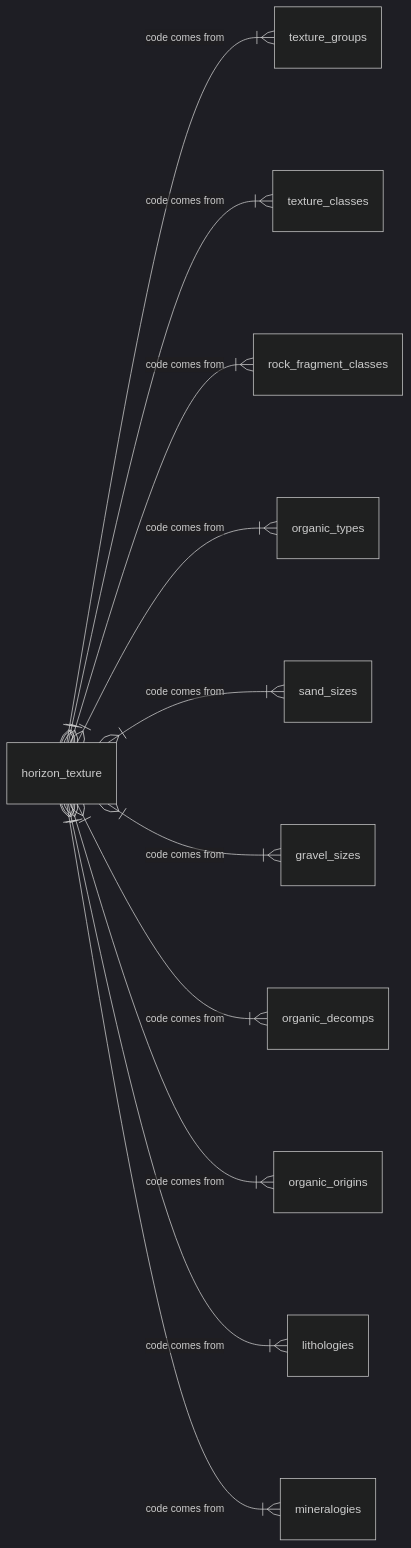
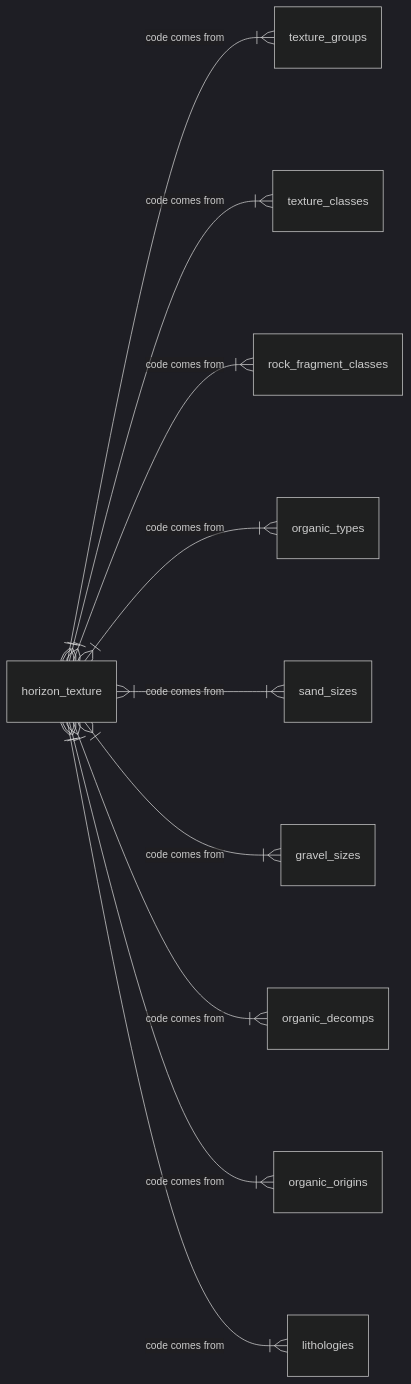
Diagram 14 of 27 in ap_03_database_design.qmd (manaakiwhenua/NZ_soildesc_2024), drawn with Mermaid (dark theme) before and after one commit. The commit also changed other lines of this file, not shown here.

````diff
--- a/ap_03_database_design.qmd
+++ b/ap_03_database_design.qmd
@@ -1340,18 +1344,17 @@
 ```{mermaid}
 %%| label: fig-mhortexo
 %%| fig-cap: "Horizon texture - Overview"
 
 erDiagram
   direction LR
   horizon_texture }|--|{ texture_groups : "code comes from"
   horizon_texture }|--|{ texture_classes : "code comes from"
   horizon_texture }|--|{ rock_fragment_classes : "code comes from"
   horizon_texture }|--|{ organic_types : "code comes from"
   horizon_texture }|--|{ sand_sizes : "code comes from"
   horizon_texture }|--|{ gravel_sizes : "code comes from"
   horizon_texture }|--|{ organic_decomps : "code comes from"
   horizon_texture }|--|{ organic_origins : "code comes from"
   horizon_texture }|--|{ lithologies : "code comes from"
-  horizon_texture }|--|{ mineralogies : "code comes from"
 
 ```
````
